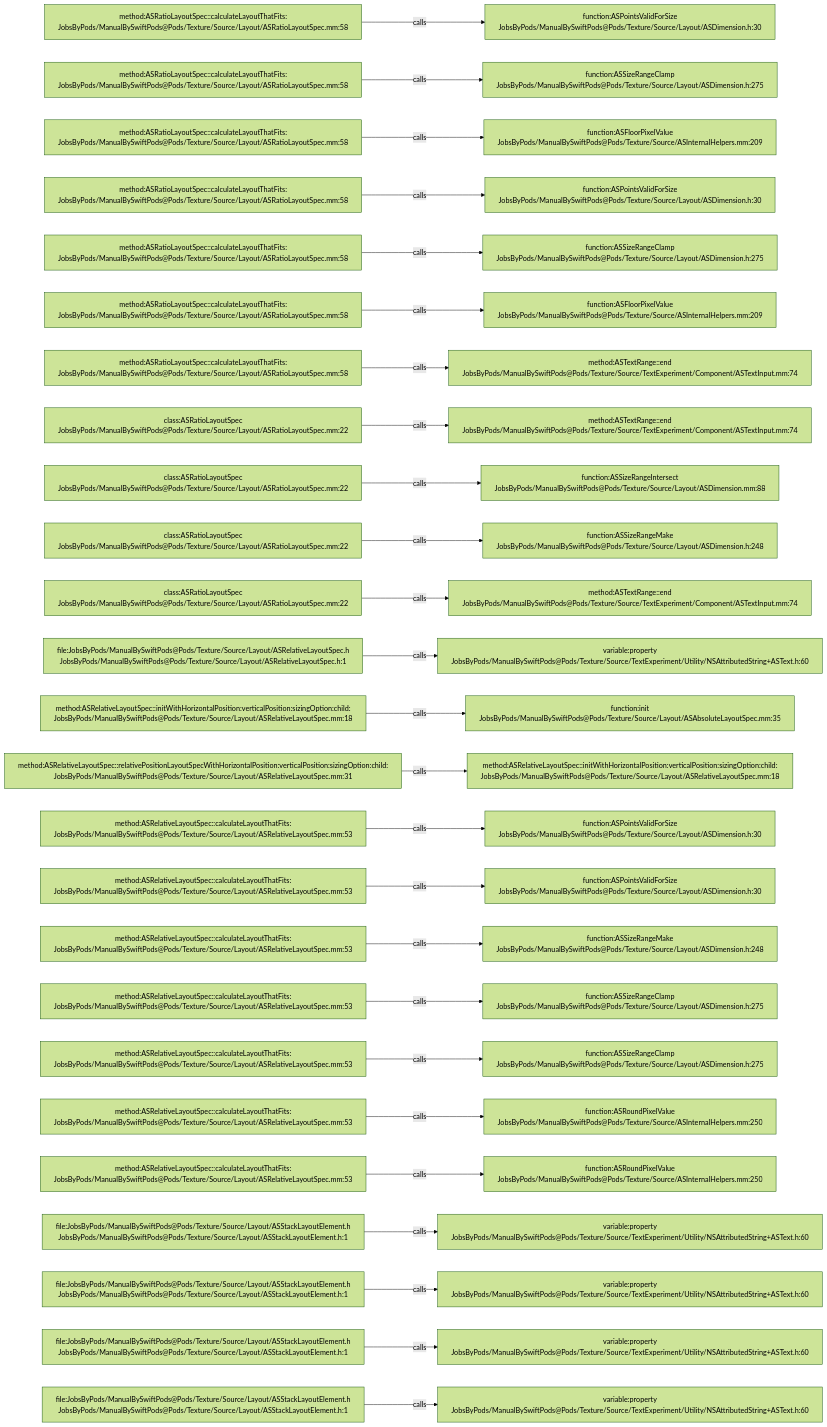
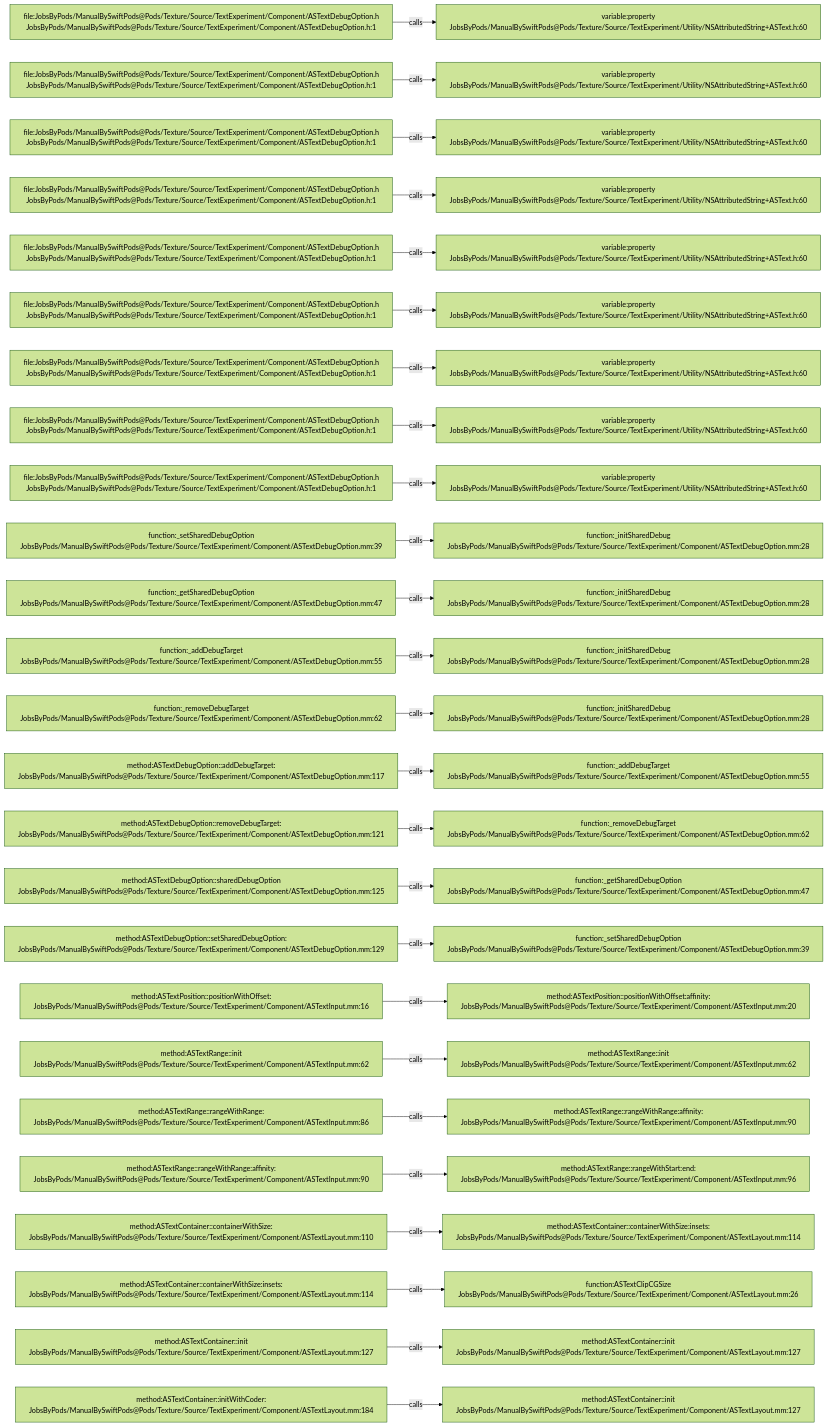
Before and after one commit to JobsKits/JobsSwiftBaseConfigDemo: the diagram in .codegraph/codegraph.md/graphs/calls-131.md, drawn with Mermaid (forest theme). The commit also changed 832 other files, not shown here.

````diff
--- a/.codegraph/codegraph.md/graphs/calls-131.md
+++ b/.codegraph/codegraph.md/graphs/calls-131.md
@@ -13,78 +13,78 @@
 ```mermaid
 flowchart LR
-  S1["method:ASRatioLayoutSpec::calculateLayoutThatFits:<br/>JobsByPods/ManualBySwiftPods@Pods/Texture/Source/Layout/ASRatioLayoutSpec.mm:58"]
-  T1["function:ASPointsValidForSize<br/>JobsByPods/ManualBySwiftPods@Pods/Texture/Source/Layout/ASDimension.h:30"]
+  S1["file:JobsByPods/ManualBySwiftPods@Pods/Texture/Source/TextExperiment/Component/ASTextDebugOption.h<br/>JobsByPods/ManualBySwiftPods@Pods/Texture/Source/TextExperiment/Component/ASTextDebugOption.h:1"]
+  T1["variable:property<br/>JobsByPods/ManualBySwiftPods@Pods/Texture/Source/TextExperiment/Utility/NSAttributedString+ASText.h:60"]
   S1 -->|calls| T1
-  S2["method:ASRatioLayoutSpec::calculateLayoutThatFits:<br/>JobsByPods/ManualBySwiftPods@Pods/Texture/Source/Layout/ASRatioLayoutSpec.mm:58"]
-  T2["function:ASSizeRangeClamp<br/>JobsByPods/ManualBySwiftPods@Pods/Texture/Source/Layout/ASDimension.h:275"]
+  S2["file:JobsByPods/ManualBySwiftPods@Pods/Texture/Source/TextExperiment/Component/ASTextDebugOption.h<br/>JobsByPods/ManualBySwiftPods@Pods/Texture/Source/TextExperiment/Component/ASTextDebugOption.h:1"]
+  T2["variable:property<br/>JobsByPods/ManualBySwiftPods@Pods/Texture/Source/TextExperiment/Utility/NSAttributedString+ASText.h:60"]
   S2 -->|calls| T2
-  S3["method:ASRatioLayoutSpec::calculateLayoutThatFits:<br/>JobsByPods/ManualBySwiftPods@Pods/Texture/Source/Layout/ASRatioLayoutSpec.mm:58"]
-  T3["function:ASFloorPixelValue<br/>JobsByPods/ManualBySwiftPods@Pods/Texture/Source/ASInternalHelpers.mm:209"]
+  S3["file:JobsByPods/ManualBySwiftPods@Pods/Texture/Source/TextExperiment/Component/ASTextDebugOption.h<br/>JobsByPods/ManualBySwiftPods@Pods/Texture/Source/TextExperiment/Component/ASTextDebugOption.h:1"]
+  T3["variable:property<br/>JobsByPods/ManualBySwiftPods@Pods/Texture/Source/TextExperiment/Utility/NSAttributedString+ASText.h:60"]
   S3 -->|calls| T3
-  S4["method:ASRatioLayoutSpec::calculateLayoutThatFits:<br/>JobsByPods/ManualBySwiftPods@Pods/Texture/Source/Layout/ASRatioLayoutSpec.mm:58"]
-  T4["function:ASPointsValidForSize<br/>JobsByPods/ManualBySwiftPods@Pods/Texture/Source/Layout/ASDimension.h:30"]
+  S4["file:JobsByPods/ManualBySwiftPods@Pods/Texture/Source/TextExperiment/Component/ASTextDebugOption.h<br/>JobsByPods/ManualBySwiftPods@Pods/Texture/Source/TextExperiment/Component/ASTextDebugOption.h:1"]
+  T4["variable:property<br/>JobsByPods/ManualBySwiftPods@Pods/Texture/Source/TextExperiment/Utility/NSAttributedString+ASText.h:60"]
   S4 -->|calls| T4
-  S5["method:ASRatioLayoutSpec::calculateLayoutThatFits:<br/>JobsByPods/ManualBySwiftPods@Pods/Texture/Source/Layout/ASRatioLayoutSpec.mm:58"]
-  T5["function:ASSizeRangeClamp<br/>JobsByPods/ManualBySwiftPods@Pods/Texture/Source/Layout/ASDimension.h:275"]
+  S5["file:JobsByPods/ManualBySwiftPods@Pods/Texture/Source/TextExperiment/Component/ASTextDebugOption.h<br/>JobsByPods/ManualBySwiftPods@Pods/Texture/Source/TextExperiment/Component/ASTextDebugOption.h:1"]
+  T5["variable:property<br/>JobsByPods/ManualBySwiftPods@Pods/Texture/Source/TextExperiment/Utility/NSAttributedString+ASText.h:60"]
   S5 -->|calls| T5
-  S6["method:ASRatioLayoutSpec::calculateLayoutThatFits:<br/>JobsByPods/ManualBySwiftPods@Pods/Texture/Source/Layout/ASRatioLayoutSpec.mm:58"]
-  T6["function:ASFloorPixelValue<br/>JobsByPods/ManualBySwiftPods@Pods/Texture/Source/ASInternalHelpers.mm:209"]
+  S6["file:JobsByPods/ManualBySwiftPods@Pods/Texture/Source/TextExperiment/Component/ASTextDebugOption.h<br/>JobsByPods/ManualBySwiftPods@Pods/Texture/Source/TextExperiment/Component/ASTextDebugOption.h:1"]
+  T6["variable:property<br/>JobsByPods/ManualBySwiftPods@Pods/Texture/Source/TextExperiment/Utility/NSAttributedString+ASText.h:60"]
   S6 -->|calls| T6
-  S7["method:ASRatioLayoutSpec::calculateLayoutThatFits:<br/>JobsByPods/ManualBySwiftPods@Pods/Texture/Source/Layout/ASRatioLayoutSpec.mm:58"]
-  T7["method:ASTextRange::end<br/>JobsByPods/ManualBySwiftPods@Pods/Texture/Source/TextExperiment/Component/ASTextInput.mm:74"]
+  S7["file:JobsByPods/ManualBySwiftPods@Pods/Texture/Source/TextExperiment/Component/ASTextDebugOption.h<br/>JobsByPods/ManualBySwiftPods@Pods/Texture/Source/TextExperiment/Component/ASTextDebugOption.h:1"]
+  T7["variable:property<br/>JobsByPods/ManualBySwiftPods@Pods/Texture/Source/TextExperiment/Utility/NSAttributedString+ASText.h:60"]
   S7 -->|calls| T7
-  S8["class:ASRatioLayoutSpec<br/>JobsByPods/ManualBySwiftPods@Pods/Texture/Source/Layout/ASRatioLayoutSpec.mm:22"]
-  T8["method:ASTextRange::end<br/>JobsByPods/ManualBySwiftPods@Pods/Texture/Source/TextExperiment/Component/ASTextInput.mm:74"]
+  S8["file:JobsByPods/ManualBySwiftPods@Pods/Texture/Source/TextExperiment/Component/ASTextDebugOption.h<br/>JobsByPods/ManualBySwiftPods@Pods/Texture/Source/TextExperiment/Component/ASTextDebugOption.h:1"]
+  T8["variable:property<br/>JobsByPods/ManualBySwiftPods@Pods/Texture/Source/TextExperiment/Utility/NSAttributedString+ASText.h:60"]
   S8 -->|calls| T8
-  S9["class:ASRatioLayoutSpec<br/>JobsByPods/ManualBySwiftPods@Pods/Texture/Source/Layout/ASRatioLayoutSpec.mm:22"]
-  T9["function:ASSizeRangeIntersect<br/>JobsByPods/ManualBySwiftPods@Pods/Texture/Source/Layout/ASDimension.mm:88"]
+  S9["file:JobsByPods/ManualBySwiftPods@Pods/Texture/Source/TextExperiment/Component/ASTextDebugOption.h<br/>JobsByPods/ManualBySwiftPods@Pods/Texture/Source/TextExperiment/Component/ASTextDebugOption.h:1"]
+  T9["variable:property<br/>JobsByPods/ManualBySwiftPods@Pods/Texture/Source/TextExperiment/Utility/NSAttributedString+ASText.h:60"]
   S9 -->|calls| T9
-  S10["class:ASRatioLayoutSpec<br/>JobsByPods/ManualBySwiftPods@Pods/Texture/Source/Layout/ASRatioLayoutSpec.mm:22"]
-  T10["function:ASSizeRangeMake<br/>JobsByPods/ManualBySwiftPods@Pods/Texture/Source/Layout/ASDimension.h:248"]
+  S10["function:_setSharedDebugOption<br/>JobsByPods/ManualBySwiftPods@Pods/Texture/Source/TextExperiment/Component/ASTextDebugOption.mm:39"]
+  T10["function:_initSharedDebug<br/>JobsByPods/ManualBySwiftPods@Pods/Texture/Source/TextExperiment/Component/ASTextDebugOption.mm:28"]
   S10 -->|calls| T10
-  S11["class:ASRatioLayoutSpec<br/>JobsByPods/ManualBySwiftPods@Pods/Texture/Source/Layout/ASRatioLayoutSpec.mm:22"]
-  T11["method:ASTextRange::end<br/>JobsByPods/ManualBySwiftPods@Pods/Texture/Source/TextExperiment/Component/ASTextInput.mm:74"]
+  S11["function:_getSharedDebugOption<br/>JobsByPods/ManualBySwiftPods@Pods/Texture/Source/TextExperiment/Component/ASTextDebugOption.mm:47"]
+  T11["function:_initSharedDebug<br/>JobsByPods/ManualBySwiftPods@Pods/Texture/Source/TextExperiment/Component/ASTextDebugOption.mm:28"]
   S11 -->|calls| T11
-  S12["file:JobsByPods/ManualBySwiftPods@Pods/Texture/Source/Layout/ASRelativeLayoutSpec.h<br/>JobsByPods/ManualBySwiftPods@Pods/Texture/Source/Layout/ASRelativeLayoutSpec.h:1"]
-  T12["variable:property<br/>JobsByPods/ManualBySwiftPods@Pods/Texture/Source/TextExperiment/Utility/NSAttributedString+ASText.h:60"]
+  S12["function:_addDebugTarget<br/>JobsByPods/ManualBySwiftPods@Pods/Texture/Source/TextExperiment/Component/ASTextDebugOption.mm:55"]
+  T12["function:_initSharedDebug<br/>JobsByPods/ManualBySwiftPods@Pods/Texture/Source/TextExperiment/Component/ASTextDebugOption.mm:28"]
   S12 -->|calls| T12
-  S13["method:ASRelativeLayoutSpec::initWithHorizontalPosition:verticalPosition:sizingOption:child:<br/>JobsByPods/ManualBySwiftPods@Pods/Texture/Source/Layout/ASRelativeLayoutSpec.mm:18"]
-  T13["function:init<br/>JobsByPods/ManualBySwiftPods@Pods/Texture/Source/Layout/ASAbsoluteLayoutSpec.mm:35"]
+  S13["function:_removeDebugTarget<br/>JobsByPods/ManualBySwiftPods@Pods/Texture/Source/TextExperiment/Component/ASTextDebugOption.mm:62"]
+  T13["function:_initSharedDebug<br/>JobsByPods/ManualBySwiftPods@Pods/Texture/Source/TextExperiment/Component/ASTextDebugOption.mm:28"]
   S13 -->|calls| T13
-  S14["method:ASRelativeLayoutSpec::relativePositionLayoutSpecWithHorizontalPosition:verticalPosition:sizingOption:child:<br/>JobsByPods/ManualBySwiftPods@Pods/Texture/Source/Layout/ASRelativeLayoutSpec.mm:31"]
-  T14["method:ASRelativeLayoutSpec::initWithHorizontalPosition:verticalPosition:sizingOption:child:<br/>JobsByPods/ManualBySwiftPods@Pods/Texture/Source/Layout/ASRelativeLayoutSpec.mm:18"]
+  S14["method:ASTextDebugOption::addDebugTarget:<br/>JobsByPods/ManualBySwiftPods@Pods/Texture/Source/TextExperiment/Component/ASTextDebugOption.mm:117"]
+  T14["function:_addDebugTarget<br/>JobsByPods/ManualBySwiftPods@Pods/Texture/Source/TextExperiment/Component/ASTextDebugOption.mm:55"]
   S14 -->|calls| T14
-  S15["method:ASRelativeLayoutSpec::calculateLayoutThatFits:<br/>JobsByPods/ManualBySwiftPods@Pods/Texture/Source/Layout/ASRelativeLayoutSpec.mm:53"]
-  T15["function:ASPointsValidForSize<br/>JobsByPods/ManualBySwiftPods@Pods/Texture/Source/Layout/ASDimension.h:30"]
+  S15["method:ASTextDebugOption::removeDebugTarget:<br/>JobsByPods/ManualBySwiftPods@Pods/Texture/Source/TextExperiment/Component/ASTextDebugOption.mm:121"]
+  T15["function:_removeDebugTarget<br/>JobsByPods/ManualBySwiftPods@Pods/Texture/Source/TextExperiment/Component/ASTextDebugOption.mm:62"]
   S15 -->|calls| T15
-  S16["method:ASRelativeLayoutSpec::calculateLayoutThatFits:<br/>JobsByPods/ManualBySwiftPods@Pods/Texture/Source/Layout/ASRelativeLayoutSpec.mm:53"]
-  T16["function:ASPointsValidForSize<br/>JobsByPods/ManualBySwiftPods@Pods/Texture/Source/Layout/ASDimension.h:30"]
+  S16["method:ASTextDebugOption::sharedDebugOption<br/>JobsByPods/ManualBySwiftPods@Pods/Texture/Source/TextExperiment/Component/ASTextDebugOption.mm:125"]
+  T16["function:_getSharedDebugOption<br/>JobsByPods/ManualBySwiftPods@Pods/Texture/Source/TextExperiment/Component/ASTextDebugOption.mm:47"]
   S16 -->|calls| T16
-  S17["method:ASRelativeLayoutSpec::calculateLayoutThatFits:<br/>JobsByPods/ManualBySwiftPods@Pods/Texture/Source/Layout/ASRelativeLayoutSpec.mm:53"]
-  T17["function:ASSizeRangeMake<br/>JobsByPods/ManualBySwiftPods@Pods/Texture/Source/Layout/ASDimension.h:248"]
+  S17["method:ASTextDebugOption::setSharedDebugOption:<br/>JobsByPods/ManualBySwiftPods@Pods/Texture/Source/TextExperiment/Component/ASTextDebugOption.mm:129"]
+  T17["function:_setSharedDebugOption<br/>JobsByPods/ManualBySwiftPods@Pods/Texture/Source/TextExperiment/Component/ASTextDebugOption.mm:39"]
   S17 -->|calls| T17
-  S18["method:ASRelativeLayoutSpec::calculateLayoutThatFits:<br/>JobsByPods/ManualBySwiftPods@Pods/Texture/Source/Layout/ASRelativeLayoutSpec.mm:53"]
-  T18["function:ASSizeRangeClamp<br/>JobsByPods/ManualBySwiftPods@Pods/Texture/Source/Layout/ASDimension.h:275"]
+  S18["method:ASTextPosition::positionWithOffset:<br/>JobsByPods/ManualBySwiftPods@Pods/Texture/Source/TextExperiment/Component/ASTextInput.mm:16"]
+  T18["method:ASTextPosition::positionWithOffset:affinity:<br/>JobsByPods/ManualBySwiftPods@Pods/Texture/Source/TextExperiment/Component/ASTextInput.mm:20"]
   S18 -->|calls| T18
-  S19["method:ASRelativeLayoutSpec::calculateLayoutThatFits:<br/>JobsByPods/ManualBySwiftPods@Pods/Texture/Source/Layout/ASRelativeLayoutSpec.mm:53"]
-  T19["function:ASSizeRangeClamp<br/>JobsByPods/ManualBySwiftPods@Pods/Texture/Source/Layout/ASDimension.h:275"]
+  S19["method:ASTextRange::init<br/>JobsByPods/ManualBySwiftPods@Pods/Texture/Source/TextExperiment/Component/ASTextInput.mm:62"]
+  T19["method:ASTextRange::init<br/>JobsByPods/ManualBySwiftPods@Pods/Texture/Source/TextExperiment/Component/ASTextInput.mm:62"]
   S19 -->|calls| T19
-  S20["method:ASRelativeLayoutSpec::calculateLayoutThatFits:<br/>JobsByPods/ManualBySwiftPods@Pods/Texture/Source/Layout/ASRelativeLayoutSpec.mm:53"]
-  T20["function:ASRoundPixelValue<br/>JobsByPods/ManualBySwiftPods@Pods/Texture/Source/ASInternalHelpers.mm:250"]
+  S20["method:ASTextRange::rangeWithRange:<br/>JobsByPods/ManualBySwiftPods@Pods/Texture/Source/TextExperiment/Component/ASTextInput.mm:86"]
+  T20["method:ASTextRange::rangeWithRange:affinity:<br/>JobsByPods/ManualBySwiftPods@Pods/Texture/Source/TextExperiment/Component/ASTextInput.mm:90"]
   S20 -->|calls| T20
-  S21["method:ASRelativeLayoutSpec::calculateLayoutThatFits:<br/>JobsByPods/ManualBySwiftPods@Pods/Texture/Source/Layout/ASRelativeLayoutSpec.mm:53"]
-  T21["function:ASRoundPixelValue<br/>JobsByPods/ManualBySwiftPods@Pods/Texture/Source/ASInternalHelpers.mm:250"]
+  S21["method:ASTextRange::rangeWithRange:affinity:<br/>JobsByPods/ManualBySwiftPods@Pods/Texture/Source/TextExperiment/Component/ASTextInput.mm:90"]
+  T21["method:ASTextRange::rangeWithStart:end:<br/>JobsByPods/ManualBySwiftPods@Pods/Texture/Source/TextExperiment/Component/ASTextInput.mm:96"]
   S21 -->|calls| T21
-  S22["file:JobsByPods/ManualBySwiftPods@Pods/Texture/Source/Layout/ASStackLayoutElement.h<br/>JobsByPods/ManualBySwiftPods@Pods/Texture/Source/Layout/ASStackLayoutElement.h:1"]
-  T22["variable:property<br/>JobsByPods/ManualBySwiftPods@Pods/Texture/Source/TextExperiment/Utility/NSAttributedString+ASText.h:60"]
+  S22["method:ASTextContainer::containerWithSize:<br/>JobsByPods/ManualBySwiftPods@Pods/Texture/Source/TextExperiment/Component/ASTextLayout.mm:110"]
+  T22["method:ASTextContainer::containerWithSize:insets:<br/>JobsByPods/ManualBySwiftPods@Pods/Texture/Source/TextExperiment/Component/ASTextLayout.mm:114"]
   S22 -->|calls| T22
-  S23["file:JobsByPods/ManualBySwiftPods@Pods/Texture/Source/Layout/ASStackLayoutElement.h<br/>JobsByPods/ManualBySwiftPods@Pods/Texture/Source/Layout/ASStackLayoutElement.h:1"]
-  T23["variable:property<br/>JobsByPods/ManualBySwiftPods@Pods/Texture/Source/TextExperiment/Utility/NSAttributedString+ASText.h:60"]
+  S23["method:ASTextContainer::containerWithSize:insets:<br/>JobsByPods/ManualBySwiftPods@Pods/Texture/Source/TextExperiment/Component/ASTextLayout.mm:114"]
+  T23["function:ASTextClipCGSize<br/>JobsByPods/ManualBySwiftPods@Pods/Texture/Source/TextExperiment/Component/ASTextLayout.mm:26"]
   S23 -->|calls| T23
-  S24["file:JobsByPods/ManualBySwiftPods@Pods/Texture/Source/Layout/ASStackLayoutElement.h<br/>JobsByPods/ManualBySwiftPods@Pods/Texture/Source/Layout/ASStackLayoutElement.h:1"]
-  T24["variable:property<br/>JobsByPods/ManualBySwiftPods@Pods/Texture/Source/TextExperiment/Utility/NSAttributedString+ASText.h:60"]
+  S24["method:ASTextContainer::init<br/>JobsByPods/ManualBySwiftPods@Pods/Texture/Source/TextExperiment/Component/ASTextLayout.mm:127"]
+  T24["method:ASTextContainer::init<br/>JobsByPods/ManualBySwiftPods@Pods/Texture/Source/TextExperiment/Component/ASTextLayout.mm:127"]
   S24 -->|calls| T24
-  S25["file:JobsByPods/ManualBySwiftPods@Pods/Texture/Source/Layout/ASStackLayoutElement.h<br/>JobsByPods/ManualBySwiftPods@Pods/Texture/Source/Layout/ASStackLayoutElement.h:1"]
-  T25["variable:property<br/>JobsByPods/ManualBySwiftPods@Pods/Texture/Source/TextExperiment/Utility/NSAttributedString+ASText.h:60"]
+  S25["method:ASTextContainer::initWithCoder:<br/>JobsByPods/ManualBySwiftPods@Pods/Texture/Source/TextExperiment/Component/ASTextLayout.mm:184"]
+  T25["method:ASTextContainer::init<br/>JobsByPods/ManualBySwiftPods@Pods/Texture/Source/TextExperiment/Component/ASTextLayout.mm:127"]
   S25 -->|calls| T25
 ```
````
